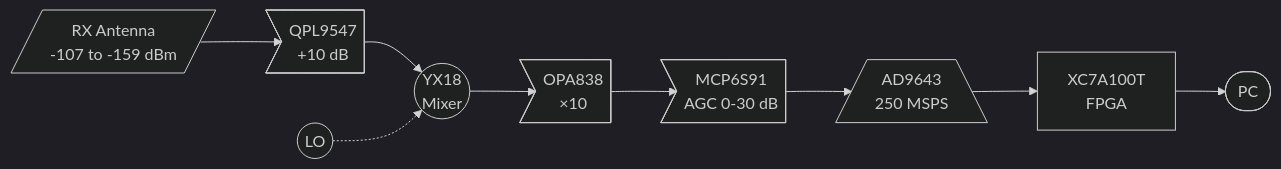
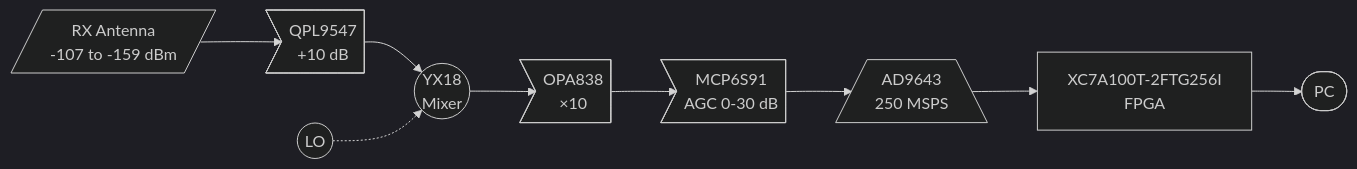
Before and after one commit to oliskcz/Lyrion-Radar: the third of 4 diagrams in PLAN.md, drawn with Mermaid (dark theme). The commit also changed other lines of this file and 2 other files, not shown here.

Commit message:
Use specific part numbers: STM32H503CBU6 (LQFP-48) and XC7A100T-2FTG256I (256-ball BGA, speed grade -2, industrial temp) throughout README, PLAN, and SPECS

````diff
--- a/PLAN.md
+++ b/PLAN.md
@@ -156,7 +156,7 @@
 ```mermaid
 flowchart LR
     RXANT[/"RX Antenna<br/>-107 to -159 dBm"/] --> LNA>"QPL9547<br/>+10 dB"] --> MIX(("YX18<br/>Mixer"))
-    MIX --> IFA>"OPA838<br/>×10"] --> AGC>"MCP6S91<br/>AGC 0-30 dB"] --> ADC[/"AD9643<br/>250 MSPS"\] --> FPGA["XC7A100T<br/>FPGA"] --> PC(["PC"])
+    MIX --> IFA>"OPA838<br/>×10"] --> AGC>"MCP6S91<br/>AGC 0-30 dB"] --> ADC[/"AD9643<br/>250 MSPS"\] --> FPGA["XC7A100T-2FTG256I<br/>FPGA"] --> PC(["PC"])
 
     LO_in(("LO")) -.-> MIX
 ```
````
